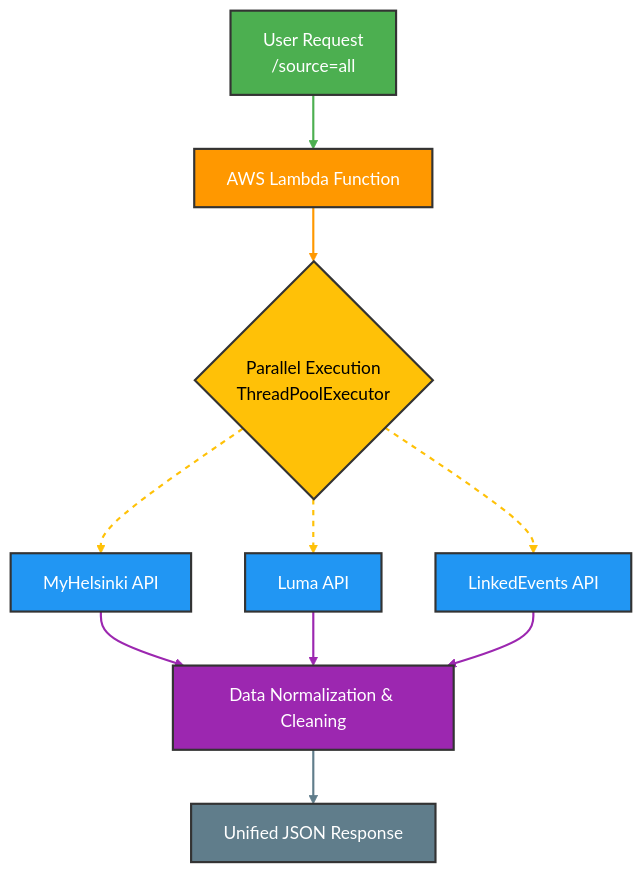
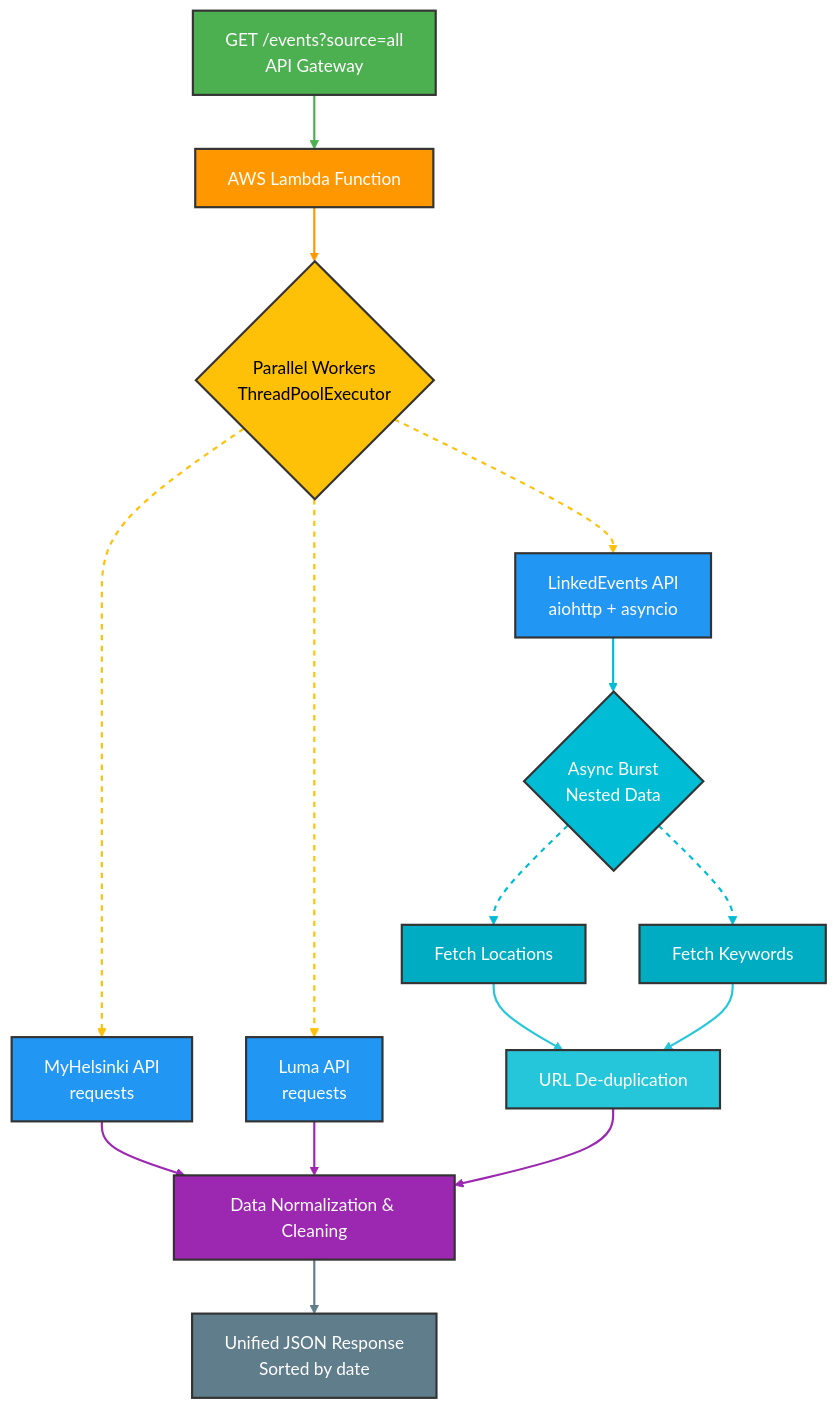
One commit to A2p3kt/event-aggregator changed the first of 2 diagrams in README.md. Above: the diagram before and after it, drawn with Mermaid. The commit also changed other lines of this file, not shown here.

````diff
--- a/README.md
+++ b/README.md
@@ -27,29 +34,45 @@
 ```mermaid
 graph TD
-    A[User Request<br/>/source=all] --> B[AWS Lambda Function]
-    B --> C{Parallel Execution<br/>ThreadPoolExecutor}
-    C --> D[MyHelsinki API]
-    C --> E[Luma API]
-    C --> F[LinkedEvents API]
-    D & E & F --> G[Data Normalization & Cleaning]
-    G --> H[Unified JSON Response]
+    A[GET /events?source=all<br/>API Gateway] --> B[AWS Lambda Function]
+    B --> C{Parallel Workers<br/>ThreadPoolExecutor}
+
+    C --> D[MyHelsinki API<br/>requests]
+    C --> E[Luma API<br/>requests]
+    C --> F[LinkedEvents API<br/>aiohttp + asyncio]
+
+    F --> F2{Async Burst<br/>Nested Data}
+    F2 --> F3[Fetch Locations]
+    F2 --> F4[Fetch Keywords]
+    F3 & F4 --> F5[URL De-duplication]
+
+    D & E & F5 --> G[Data Normalization & Cleaning]
+    G --> H[Unified JSON Response<br/>Sorted by date]
 
     style A fill:#4CAF50,stroke:#333,stroke-width:2px,color:#fff
     style B fill:#FF9800,stroke:#333,stroke-width:2px,color:#fff
     style C fill:#FFC107,stroke:#333,stroke-width:2px,color:#000
     style D fill:#2196F3,stroke:#333,stroke-width:2px,color:#fff
     style E fill:#2196F3,stroke:#333,stroke-width:2px,color:#fff
     style F fill:#2196F3,stroke:#333,stroke-width:2px,color:#fff
+    style F2 fill:#00BCD4,stroke:#333,stroke-width:2px,color:#fff
+    style F3 fill:#00ACC1,stroke:#333,stroke-width:2px,color:#fff
+    style F4 fill:#00ACC1,stroke:#333,stroke-width:2px,color:#fff
+    style F5 fill:#26C6DA,stroke:#333,stroke-width:2px,color:#fff
     style G fill:#9C27B0,stroke:#333,stroke-width:2px,color:#fff
     style H fill:#607D8B,stroke:#333,stroke-width:2px,color:#fff
 
     linkStyle 0 stroke:#4CAF50,stroke-width:2px
     linkStyle 1 stroke:#FF9800,stroke-width:2px
     linkStyle 2 stroke:#FFC107,stroke-width:2px,stroke-dasharray: 5,5
     linkStyle 3 stroke:#FFC107,stroke-width:2px,stroke-dasharray: 5,5
     linkStyle 4 stroke:#FFC107,stroke-width:2px,stroke-dasharray: 5,5
-    linkStyle 5 stroke:#9C27B0,stroke-width:2px
-    linkStyle 6 stroke:#9C27B0,stroke-width:2px
-    linkStyle 7 stroke:#9C27B0,stroke-width:2px
-    linkStyle 8 stroke:#607D8B,stroke-width:2px
+    linkStyle 5 stroke:#00BCD4,stroke-width:2px
+    linkStyle 6 stroke:#00BCD4,stroke-width:2px,stroke-dasharray: 5,5
+    linkStyle 7 stroke:#00BCD4,stroke-width:2px,stroke-dasharray: 5,5
+    linkStyle 8 stroke:#26C6DA,stroke-width:2px
+    linkStyle 9 stroke:#26C6DA,stroke-width:2px
+    linkStyle 10 stroke:#9C27B0,stroke-width:2px
+    linkStyle 11 stroke:#9C27B0,stroke-width:2px
+    linkStyle 12 stroke:#9C27B0,stroke-width:2px
+    linkStyle 13 stroke:#607D8B,stroke-width:2px
 ```
````
